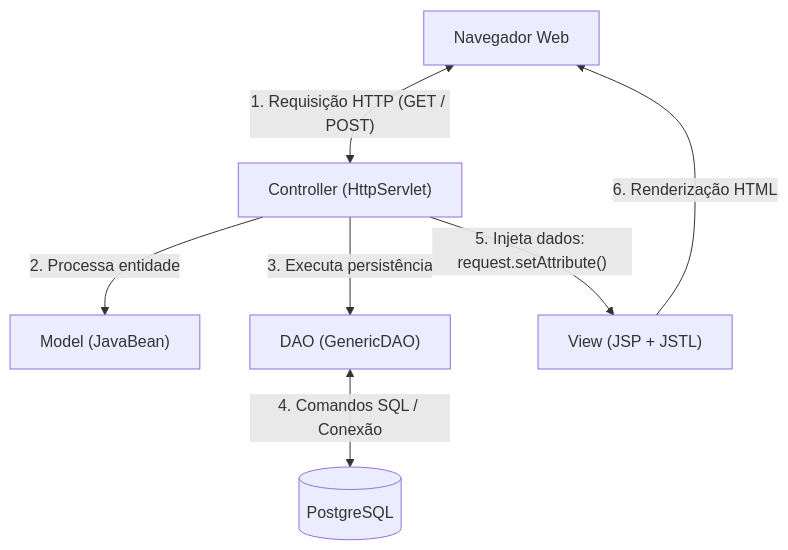
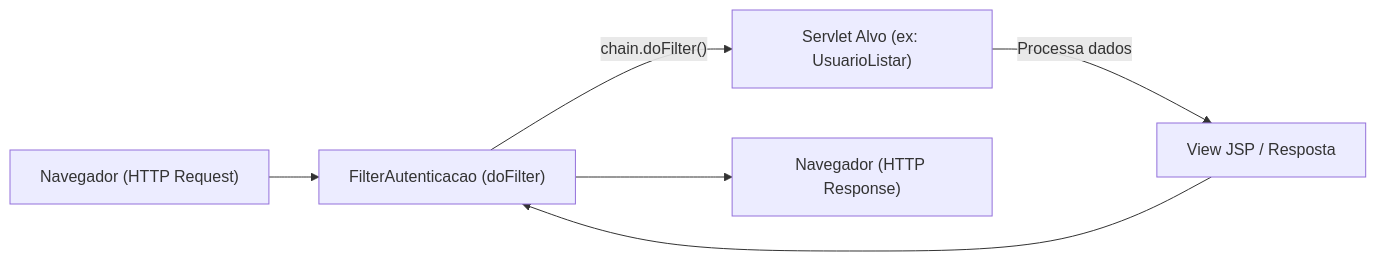
One commit to murilolol/unifef changed diagram 11 of 18 in 3º Semestre/[Prof. Jefferson Passerini] Laboratório de Programação III/Resumos-IA/Simulados-Comentados.md. Above: the diagram before and after it, drawn with Mermaid. The commit also changed other lines of this file and 25 other files, not shown here.

````diff
--- a/3º Semestre/[Prof. Jefferson Passerini] Laboratório de Programação III/Resumos-IA/Simulados-Comentados.md
+++ b/3º Semestre/[Prof. Jefferson Passerini] Laboratório de Programação III/Resumos-IA/Simulados-Comentados.md
@@ -1083,9 +494,8 @@
 ```mermaid
-flowchart TD
-  Navegador["Navegador Web"] <-->|"1. Requisição HTTP (GET / POST)"| Controller["Controller (HttpServlet)"]
-  Controller -->|"2. Processa entidade"| Model["Model (JavaBean)"]
-  Controller -->|"3. Executa persistência"| DAO["DAO (GenericDAO)"]
-  DAO <-->|"4. Comandos SQL / Conexão"| Banco[("PostgreSQL")]
-  Controller -->|"5. Injeta dados: request.setAttribute()"| View["View (JSP + JSTL)"]
-  View -->|"6. Renderização HTML"| Navegador
+flowchart LR
+    Req["Navegador (HTTP Request)"] --> Filtro["FilterAutenticacao (doFilter)"]
+    Filtro -->|"chain.doFilter()"| Target["Servlet Alvo (ex: UsuarioListar)"]
+    Target -->|"Processa dados"| Resposta["View JSP / Resposta"]
+    Resposta --> Filtro
+    Filtro --> Retorno["Navegador (HTTP Response)"]
 ```
````
